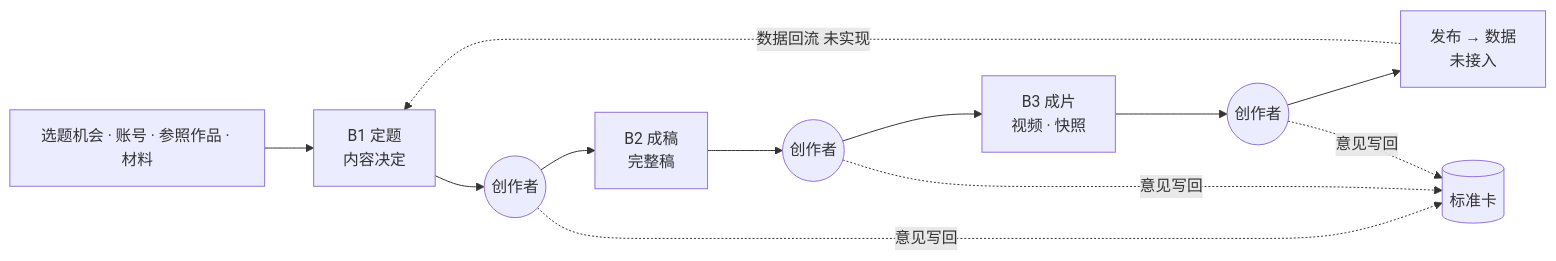
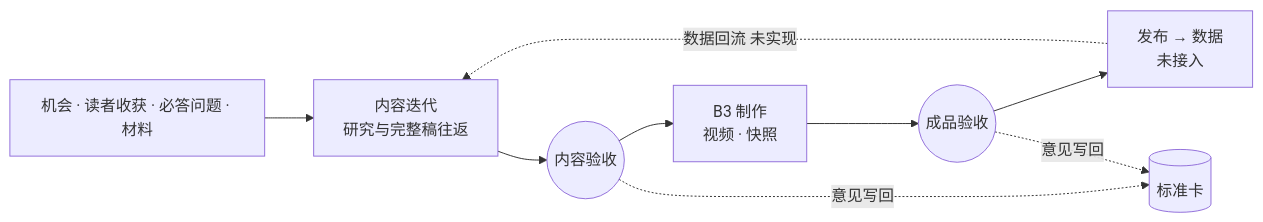
The first of 5 diagrams in docs/overview.md (cyl19970726/creator-lab), drawn with Mermaid before and after one commit. The commit also changed other lines of this file and 30 other files, not shown here.

````diff
--- a/docs/overview.md
+++ b/docs/overview.md
@@ -9,9 +9,8 @@
 ```mermaid
 flowchart LR
-  IN[选题机会 · 账号 · 参照作品 · 材料] --> B1[B1 定题<br/>内容决定]
-  B1 --> H1((创作者)) --> B2[B2 成稿<br/>完整稿]
-  B2 --> H2((创作者)) --> B3[B3 成片<br/>视频 · 快照]
-  B3 --> H3((创作者)) --> PUB[发布 → 数据<br/>未接入]
-  H1 & H2 & H3 -. 意见写回 .-> S[(标准卡)]
-  PUB -. 数据回流 未实现 .-> B1
+  IN[机会 · 读者收获 · 必答问题 · 材料] --> C[内容迭代<br/>研究与完整稿往返]
+  C --> H1((内容验收)) --> B3[B3 制作<br/>视频 · 快照]
+  B3 --> H2((成品验收)) --> PUB[发布 → 数据<br/>未接入]
+  H1 & H2 -. 意见写回 .-> S[(标准卡)]
+  PUB -. 数据回流 未实现 .-> C
 ```
````
